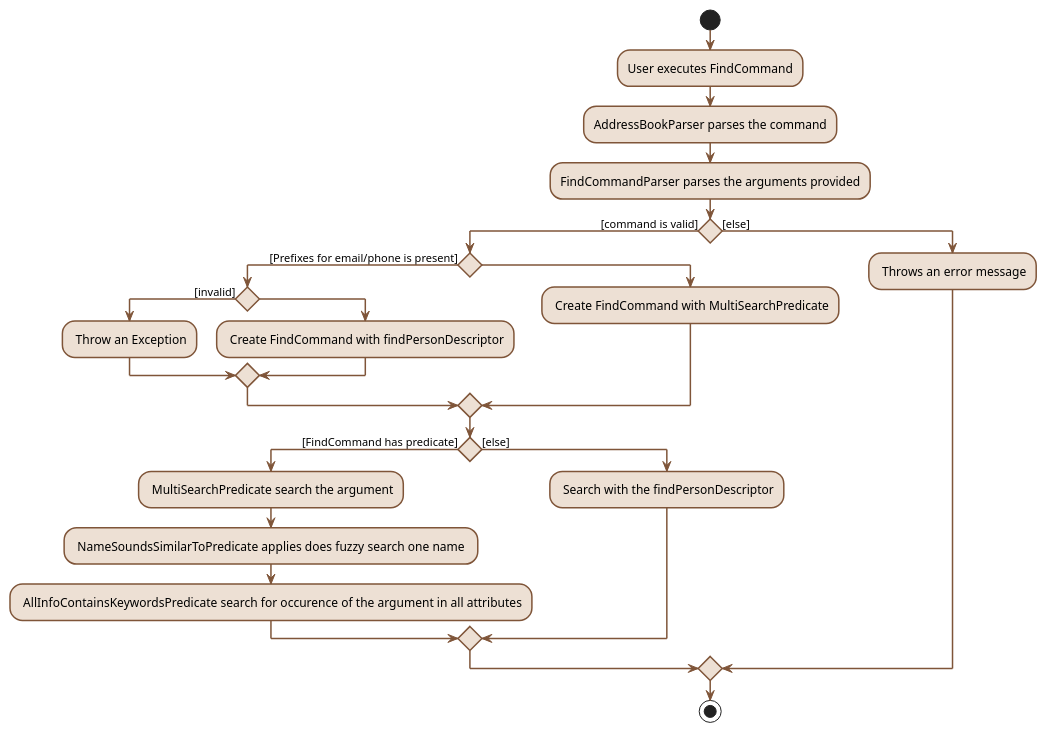
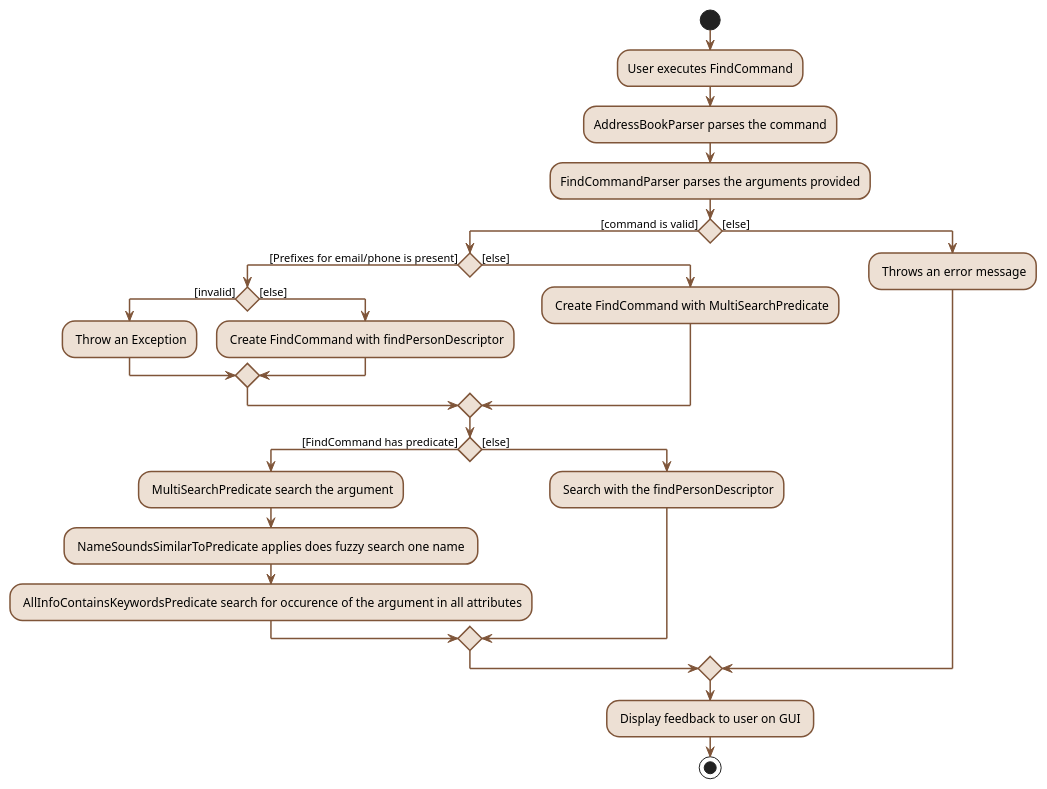
The diagram in docs/diagrams/FindCommandActivityDiagram.puml (nus-cs2103-AY2223S1/tp), drawn with PlantUML before and after one commit. The commit also changed 1 other file, not shown here.

```diff
--- a/docs/diagrams/FindCommandActivityDiagram.puml
+++ b/docs/diagrams/FindCommandActivityDiagram.puml
@@ -1,34 +1,35 @@
 @startuml
 start
 skinparam activityBorderThickness 1.5
 skinparam activity {
     BorderColor #7F5539
     BackgroundColor #EDE0D4
     arrowColor #7F5539
 }
 :User executes FindCommand;
 :AddressBookParser parses the command;
 :FindCommandParser parses the arguments provided;
 if () then ([command is valid])
     if () then ([Prefixes for email/phone is present])
 
         if () then ([invalid])
             : Throw an Exception;
-        else
+        else ([else])
             : Create FindCommand with findPersonDescriptor;
         endif
-    else
+    else ([else])
         : Create FindCommand with MultiSearchPredicate;
     endif
     if () then ([FindCommand has predicate])
         : MultiSearchPredicate search the argument;
         : NameSoundsSimilarToPredicate applies does fuzzy search one name ;
         : AllInfoContainsKeywordsPredicate search for occurence of the argument in all attributes;
     else ([else])
         : Search with the findPersonDescriptor;
     endif
 else ([else])
     : Throws an error message;
 endif
+: Display feedback to user on GUI ;
 stop
 @enduml
```
